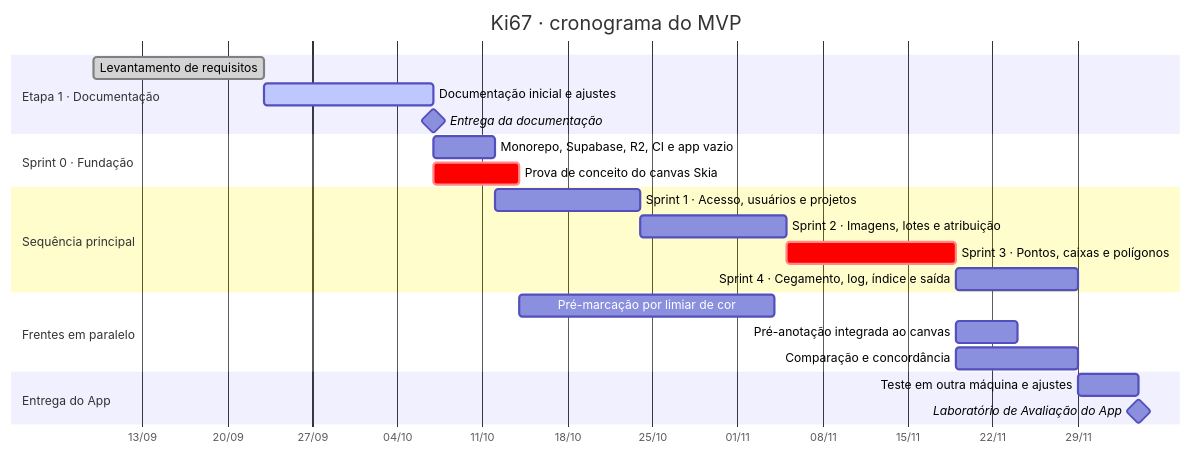
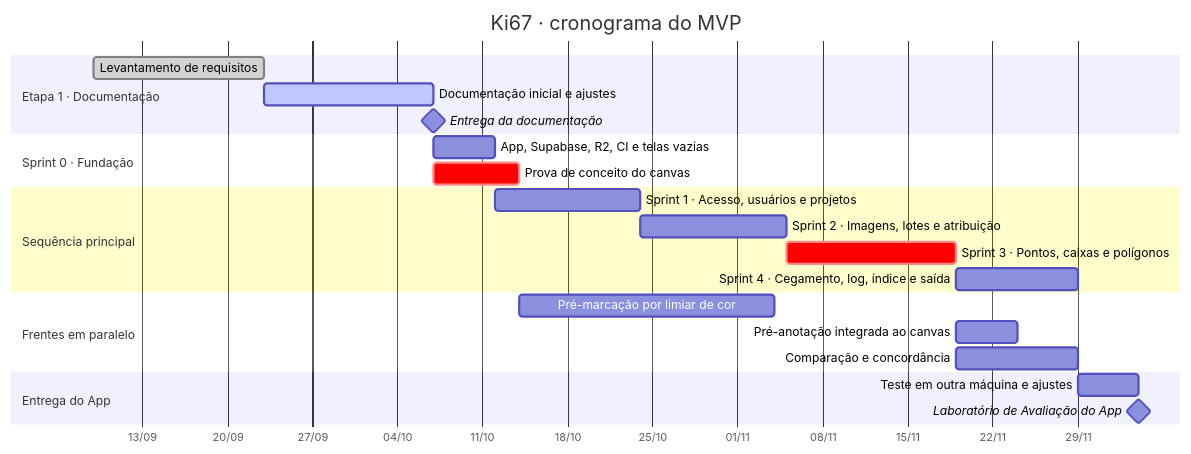
One commit to Matheus-Lordron/ki67 changed the first of 2 diagrams in docs/03-planejamento.md. Above: the diagram before and after it, drawn with Mermaid. The commit also changed other lines of this file and 116 other files, not shown here.

````diff
--- a/docs/03-planejamento.md
+++ b/docs/03-planejamento.md
@@ -27,30 +35,30 @@
 ```mermaid
 gantt
     title Ki67 · cronograma do MVP
     dateFormat YYYY-MM-DD
     axisFormat %d/%m
 
     section Etapa 1 · Documentação
     Levantamento de requisitos                :done, req, 2026-09-09, 2026-09-23
     Documentação inicial e ajustes            :active, doc, after req, 14d
     Entrega da documentação                   :milestone, m1, after doc, 0d
 
     section Sprint 0 · Fundação
-    Monorepo, Supabase, R2, CI e app vazio    :s0, after doc, 5d
-    Prova de conceito do canvas Skia          :crit, poc, after doc, 7d
+    App, Supabase, R2, CI e telas vazias      :s0, after doc, 5d
+    Prova de conceito do canvas               :crit, poc, after doc, 7d
 
     section Sequência principal
     Sprint 1 · Acesso, usuários e projetos    :s1, after s0, 12d
     Sprint 2 · Imagens, lotes e atribuição    :s2, after s1, 12d
     Sprint 3 · Pontos, caixas e polígonos     :crit, s3, after s2 poc, 14d
     Sprint 4 · Cegamento, log, índice e saída :s4, after s3, 10d
 
     section Frentes em paralelo
     Pré-marcação por limiar de cor            :pre, after poc, 21d
     Pré-anotação integrada ao canvas          :prei, after s3 pre, 5d
     Comparação e concordância                 :cmp, after s3, 10d
 
     section Entrega do App
     Teste em outra máquina e ajustes          :tst, after s4 cmp prei, 5d
     Laboratório de Avaliação do App           :milestone, lab, after tst, 0d
 ```
````
